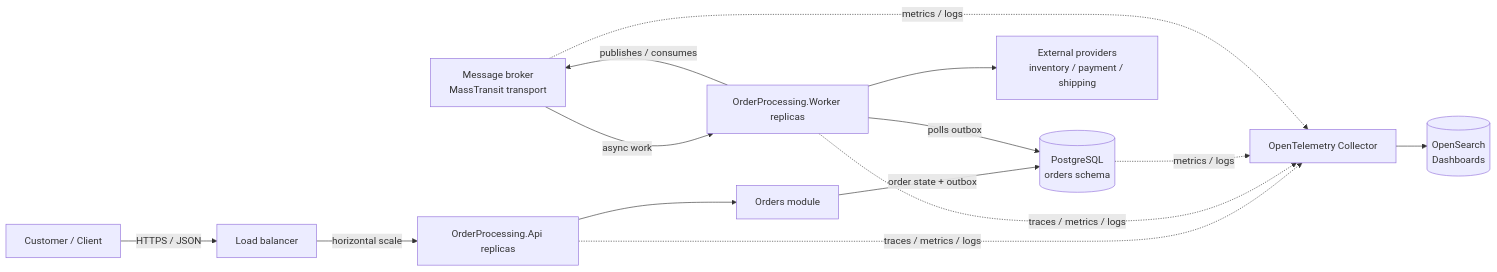
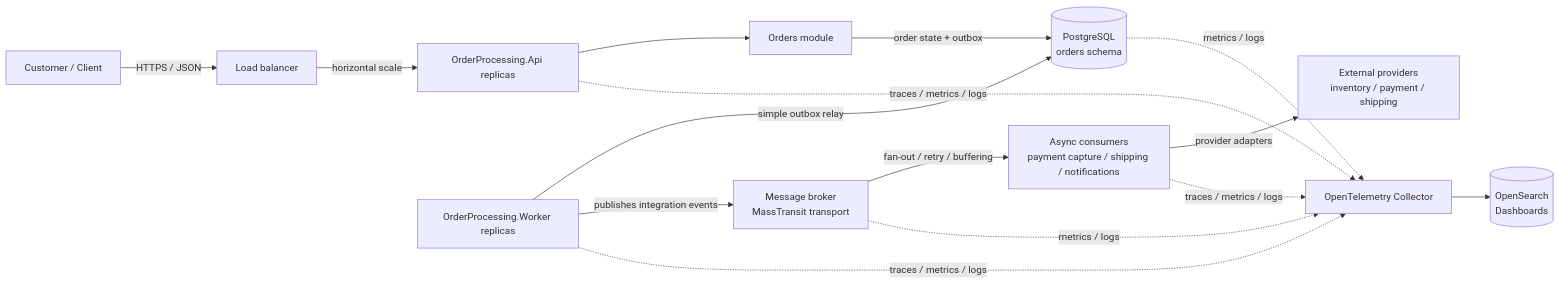
One commit to ageroh/order-processing-platform changed the diagram in README.md. Above: the diagram before and after it, drawn with Mermaid. The commit also changed other lines of this file and 3 other files, not shown here.

````diff
--- a/README.md
+++ b/README.md
@@ -13,28 +13,30 @@
 ```mermaid
 flowchart LR
     customer[Customer / Client]
     lb[Load balancer]
     api[OrderProcessing.Api replicas]
     orders[Orders module]
     db[(PostgreSQL\norders schema)]
     broker[Message broker\nMassTransit transport]
+    asyncConsumers[Async consumers\npayment capture / shipping / notifications]
     worker[OrderProcessing.Worker replicas]
     providers[External providers\ninventory / payment / shipping]
     otel[OpenTelemetry Collector]
     obs[(OpenSearch\nDashboards)]
 
     customer -->|HTTPS / JSON| lb
     lb -->|horizontal scale| api
     api --> orders
     orders -->|order state + outbox| db
-    worker -->|polls outbox| db
-    worker -->|publishes / consumes| broker
-    broker -->|async work| worker
-    worker --> providers
+    worker -->|simple outbox relay| db
+    worker -->|publishes integration events| broker
+    broker -->|fan-out / retry / buffering| asyncConsumers
+    asyncConsumers -->|provider adapters| providers
 
     api -. traces / metrics / logs .-> otel
     worker -. traces / metrics / logs .-> otel
+    asyncConsumers -. traces / metrics / logs .-> otel
     db -. metrics / logs .-> otel
     broker -. metrics / logs .-> otel
     otel --> obs
 ```
````
